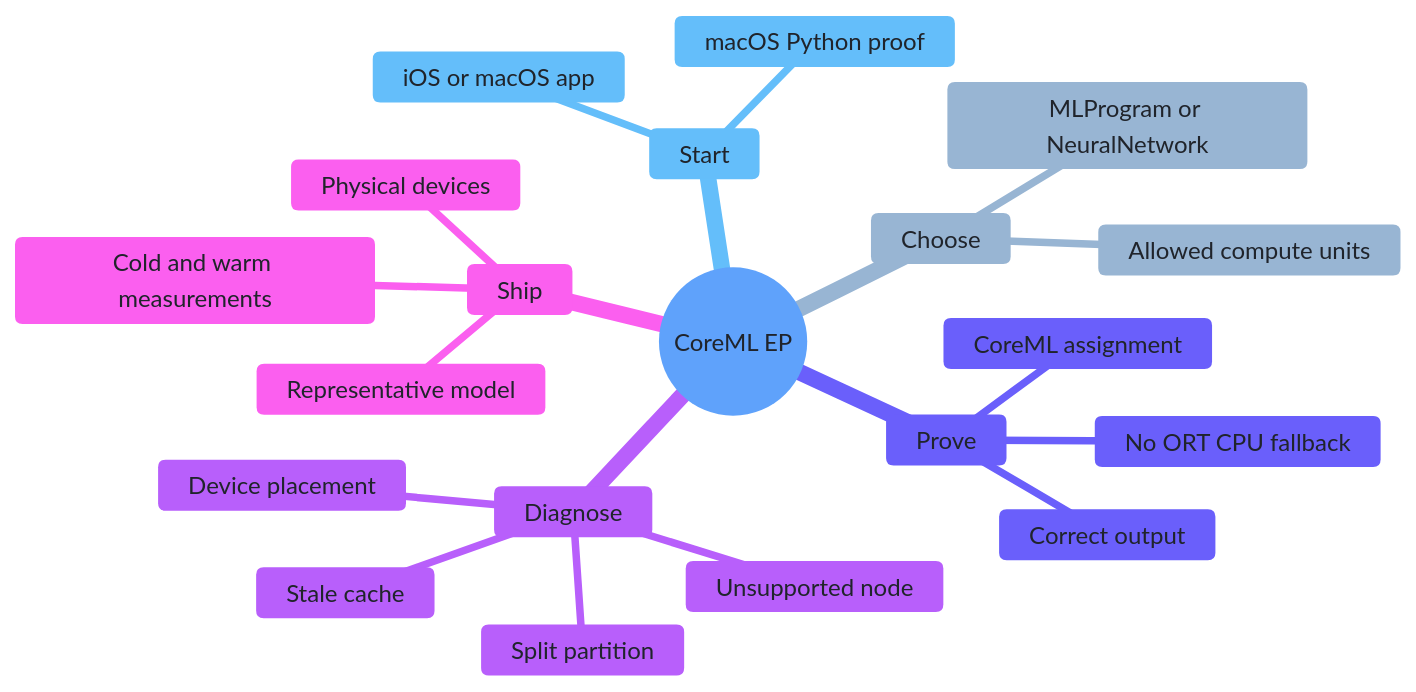
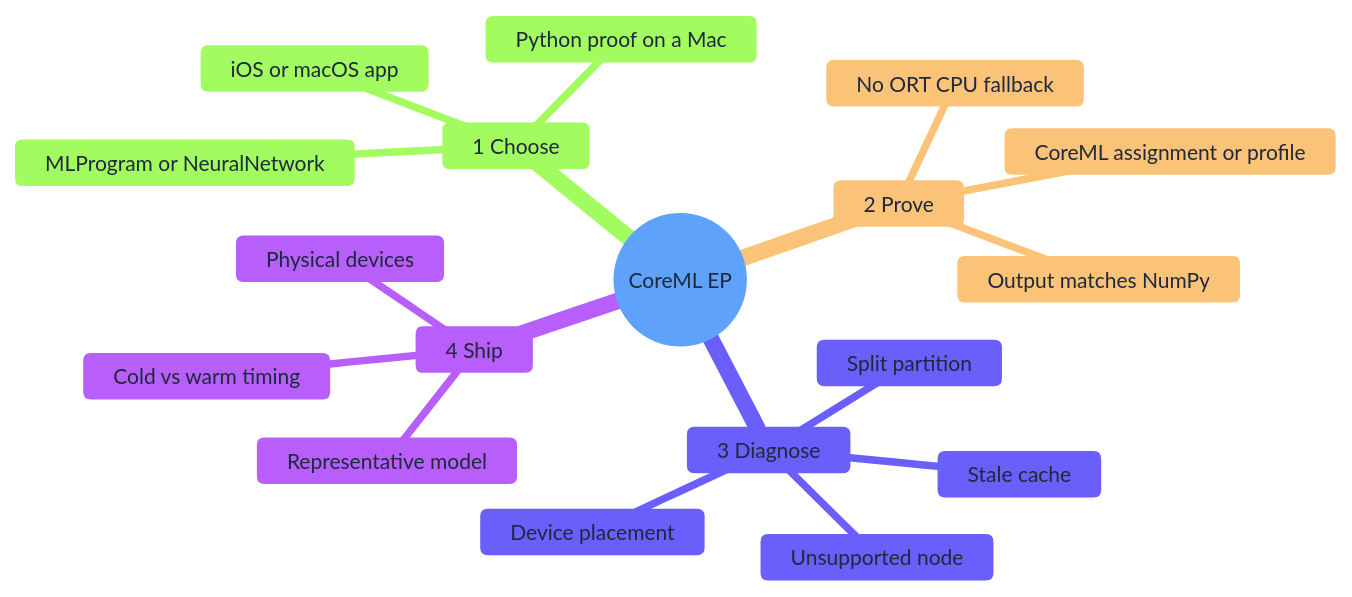
Before and after one commit to DakeQQ/Tutorial-ONNX-Runtime-Execution-Providers: the second of 12 diagrams in Apple/README.md, drawn with Mermaid. The commit also changed other lines of this file and 15 other files, not shown here.

````diff
--- a/Apple/README.md
+++ b/Apple/README.md
@@ -33,24 +61,22 @@
 ```mermaid
-%%{init: {"theme": "base", "themeVariables": {"primaryColor": "#dbeafe", "primaryTextColor": "#20242b", "primaryBorderColor": "#2563eb", "secondaryColor": "#e0f2fe", "secondaryTextColor": "#20242b", "tertiaryColor": "#f1f5f9", "tertiaryTextColor": "#20242b", "lineColor": "#64748b"}}}%%
+%%{init: {"theme":"base","themeVariables":{"fontSize":"14px","primaryColor":"#dbeafe","primaryTextColor":"#1e293b","primaryBorderColor":"#3b82f6","lineColor":"#94a3b8"},"themeCSS":".mindmap-node text{fill:#1e293b !important;} .mindmap-node span{color:#1e293b !important;}"}}%%
 mindmap
   root((CoreML EP))
-    Start
-      macOS Python proof
+    1 Choose
+      Python proof on a Mac
       iOS or macOS app
-    Choose
       MLProgram or NeuralNetwork
-      Allowed compute units
-    Prove
+    2 Prove
       No ORT CPU fallback
-      Correct output
-      CoreML assignment
-    Diagnose
+      Output matches NumPy
+      CoreML assignment or profile
+    3 Diagnose
       Unsupported node
       Split partition
       Stale cache
       Device placement
-    Ship
+    4 Ship
       Representative model
       Physical devices
-      Cold and warm measurements
+      Cold vs warm timing
 ```
````
